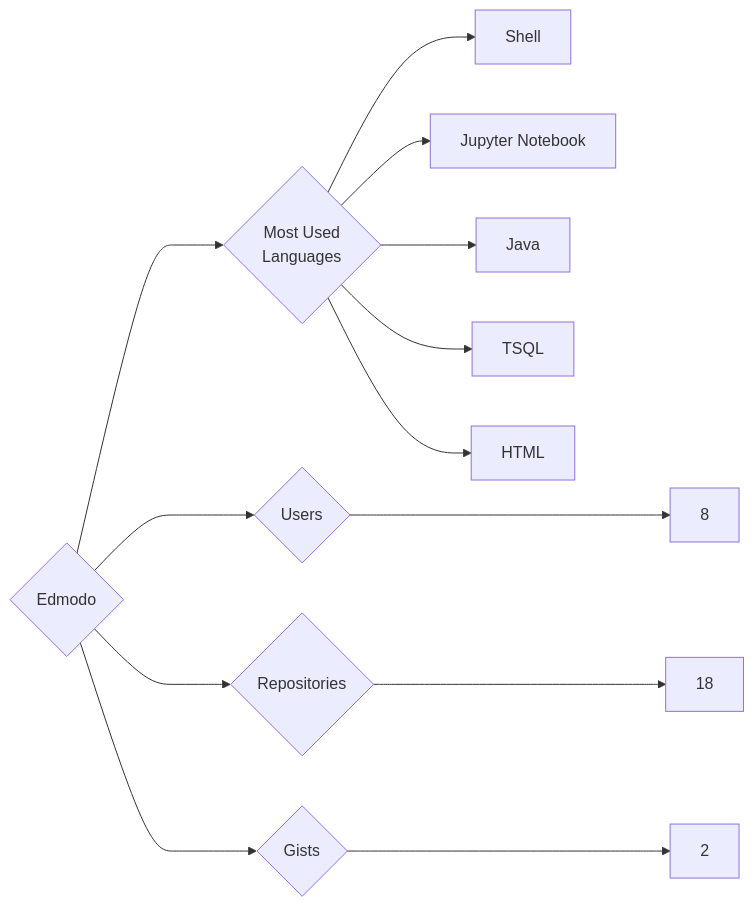
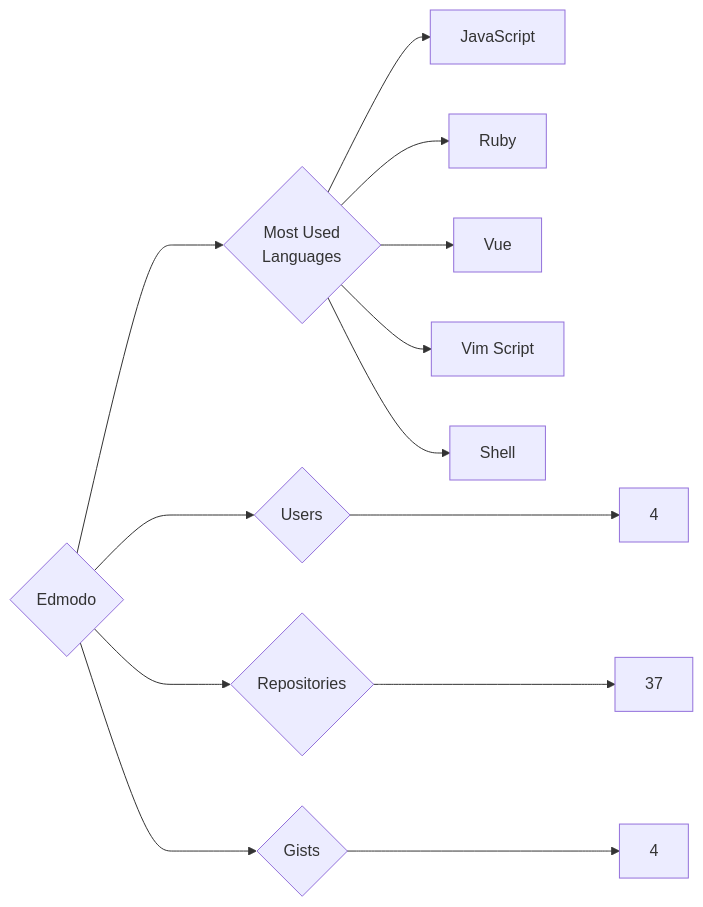
Before and after one commit to trickest/insiders: the diagram in targets/Edmodo/README.md, drawn with Mermaid. The commit also changed 1120 other files, not shown here.

````diff
--- a/targets/Edmodo/README.md
+++ b/targets/Edmodo/README.md
@@ -3,13 +3,13 @@
 ```mermaid
 graph LR
 COMPANY_NAME{Edmodo}
-COMPANY_NAME ---> U{Users} ---> UN[8]
-COMPANY_NAME ---> R{Repositories} ---> RN[18]
-COMPANY_NAME ---> G{Gists} ---> GN[2]
+COMPANY_NAME ---> U{Users} ---> UN[4]
+COMPANY_NAME ---> R{Repositories} ---> RN[37]
+COMPANY_NAME ---> G{Gists} ---> GN[4]
 COMPANY_NAME ---> ML{Most Used<br>Languages}
+ML --> JavaScript[JavaScript]
+ML --> Ruby[Ruby]
+ML --> Vue[Vue]
+ML --> Vim_Script[Vim Script]
 ML --> Shell[Shell]
-ML --> Jupyter_Notebook[Jupyter Notebook]
-ML --> Java[Java]
-ML --> TSQL[TSQL]
-ML --> HTML[HTML]
 ```
````
